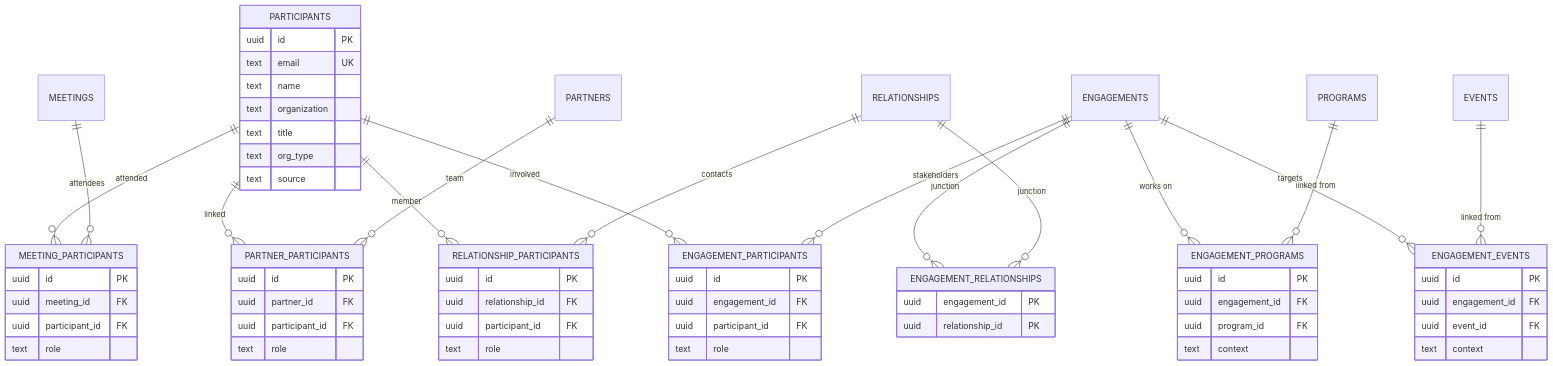
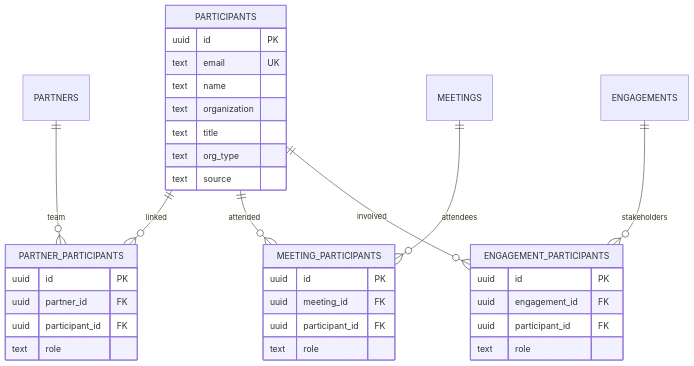
The fourth of 5 diagrams in docs/entity-model.md (zingozingo/roadrunner), drawn with Mermaid before and after one commit. The commit also changed other lines of this file, not shown here.

First line of the commit message:
docs: update entity-model.md — 17 tables, dissolved junctions, program_name, CI email

````diff
--- a/docs/entity-model.md
+++ b/docs/entity-model.md
@@ -533,67 +483,37 @@
 ```mermaid
 erDiagram
     PARTICIPANTS ||--o{ PARTNER_PARTICIPANTS : "linked"
     PARTICIPANTS ||--o{ MEETING_PARTICIPANTS : "attended"
     PARTICIPANTS ||--o{ ENGAGEMENT_PARTICIPANTS : "involved"
-    PARTICIPANTS ||--o{ RELATIONSHIP_PARTICIPANTS : "member"
     PARTNERS ||--o{ PARTNER_PARTICIPANTS : "team"
     MEETINGS ||--o{ MEETING_PARTICIPANTS : "attendees"
     ENGAGEMENTS ||--o{ ENGAGEMENT_PARTICIPANTS : "stakeholders"
-    RELATIONSHIPS ||--o{ RELATIONSHIP_PARTICIPANTS : "contacts"
-    ENGAGEMENTS ||--o{ ENGAGEMENT_PROGRAMS : "works on"
-    PROGRAMS ||--o{ ENGAGEMENT_PROGRAMS : "linked from"
-    ENGAGEMENTS ||--o{ ENGAGEMENT_EVENTS : "targets"
-    EVENTS ||--o{ ENGAGEMENT_EVENTS : "linked from"
-    ENGAGEMENTS ||--o{ ENGAGEMENT_RELATIONSHIPS : "junction"
-    RELATIONSHIPS ||--o{ ENGAGEMENT_RELATIONSHIPS : "junction"
 
     PARTICIPANTS {
         uuid id PK
         text email UK
         text name
         text organization
         text title
         text org_type
         text source
     }
     PARTNER_PARTICIPANTS {
         uuid id PK
         uuid partner_id FK
         uuid participant_id FK
         text role
     }
     MEETING_PARTICIPANTS {
         uuid id PK
         uuid meeting_id FK
         uuid participant_id FK
         text role
     }
     ENGAGEMENT_PARTICIPANTS {
         uuid id PK
         uuid engagement_id FK
         uuid participant_id FK
         text role
     }
-    RELATIONSHIP_PARTICIPANTS {
-        uuid id PK
-        uuid relationship_id FK
-        uuid participant_id FK
-        text role
-    }
-    ENGAGEMENT_PROGRAMS {
-        uuid id PK
-        uuid engagement_id FK
-        uuid program_id FK
-        text context
-    }
-    ENGAGEMENT_EVENTS {
-        uuid id PK
-        uuid engagement_id FK
-        uuid event_id FK
-        text context
-    }
-    ENGAGEMENT_RELATIONSHIPS {
-        uuid engagement_id PK
-        uuid relationship_id PK
-    }
 ```
````
